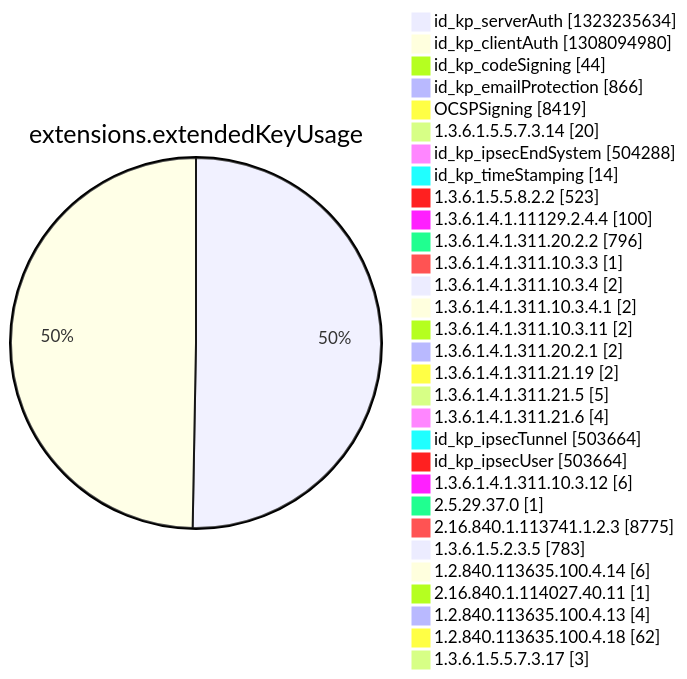
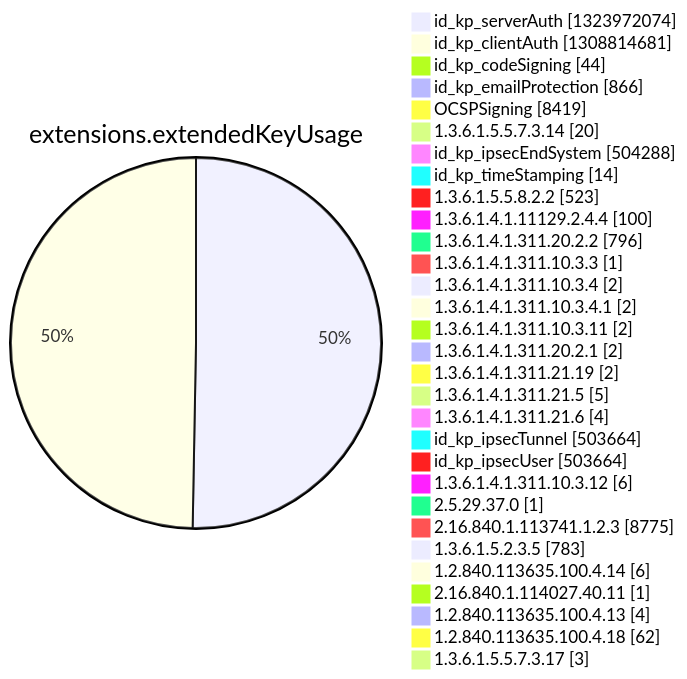
One commit to christiankrug/ctmonitor_visualization changed diagram 12 of 15 in argon2022/README.md. Above: the diagram before and after it, drawn with Mermaid. The commit also changed other lines of this file, not shown here.

````diff
--- a/argon2022/README.md
+++ b/argon2022/README.md
@@ -3553,34 +3553,34 @@
 ```mermaid
 pie showData
 title extensions.extendedKeyUsage
-"id_kp_serverAuth" :1323235634
-"id_kp_clientAuth" :1308094980
+"id_kp_serverAuth" :1323972074
+"id_kp_clientAuth" :1308814681
 "id_kp_codeSigning" :44
 "id_kp_emailProtection" :866
 "OCSPSigning" :8419
 "1.3.6.1.5.5.7.3.14" :20
 "id_kp_ipsecEndSystem" :504288
 "id_kp_timeStamping" :14
 "1.3.6.1.5.5.8.2.2" :523
 "1.3.6.1.4.1.11129.2.4.4" :100
 "1.3.6.1.4.1.311.20.2.2" :796
 "1.3.6.1.4.1.311.10.3.3" :1
 "1.3.6.1.4.1.311.10.3.4" :2
 "1.3.6.1.4.1.311.10.3.4.1" :2
 "1.3.6.1.4.1.311.10.3.11" :2
 "1.3.6.1.4.1.311.20.2.1" :2
 "1.3.6.1.4.1.311.21.19" :2
 "1.3.6.1.4.1.311.21.5" :5
 "1.3.6.1.4.1.311.21.6" :4
 "id_kp_ipsecTunnel" :503664
 "id_kp_ipsecUser" :503664
 "1.3.6.1.4.1.311.10.3.12" :6
 "2.5.29.37.0" :1
 "2.16.840.1.113741.1.2.3" :8775
 "1.3.6.1.5.2.3.5" :783
 "1.2.840.113635.100.4.14" :6
 "2.16.840.1.114027.40.11" :1
 "1.2.840.113635.100.4.13" :4
 "1.2.840.113635.100.4.18" :62
 "1.3.6.1.5.5.7.3.17" :3
 ```
````
